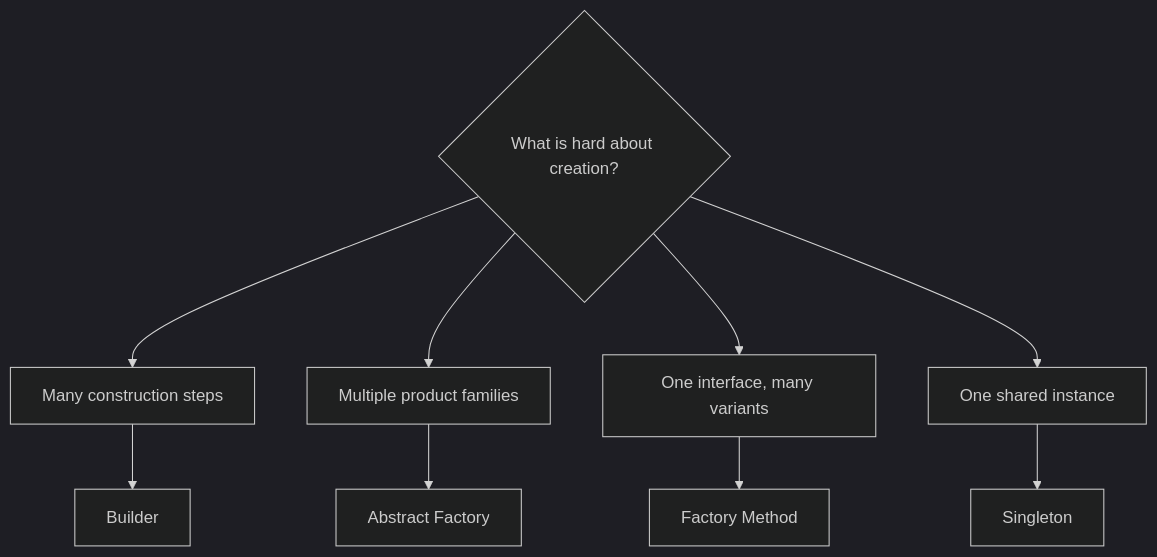
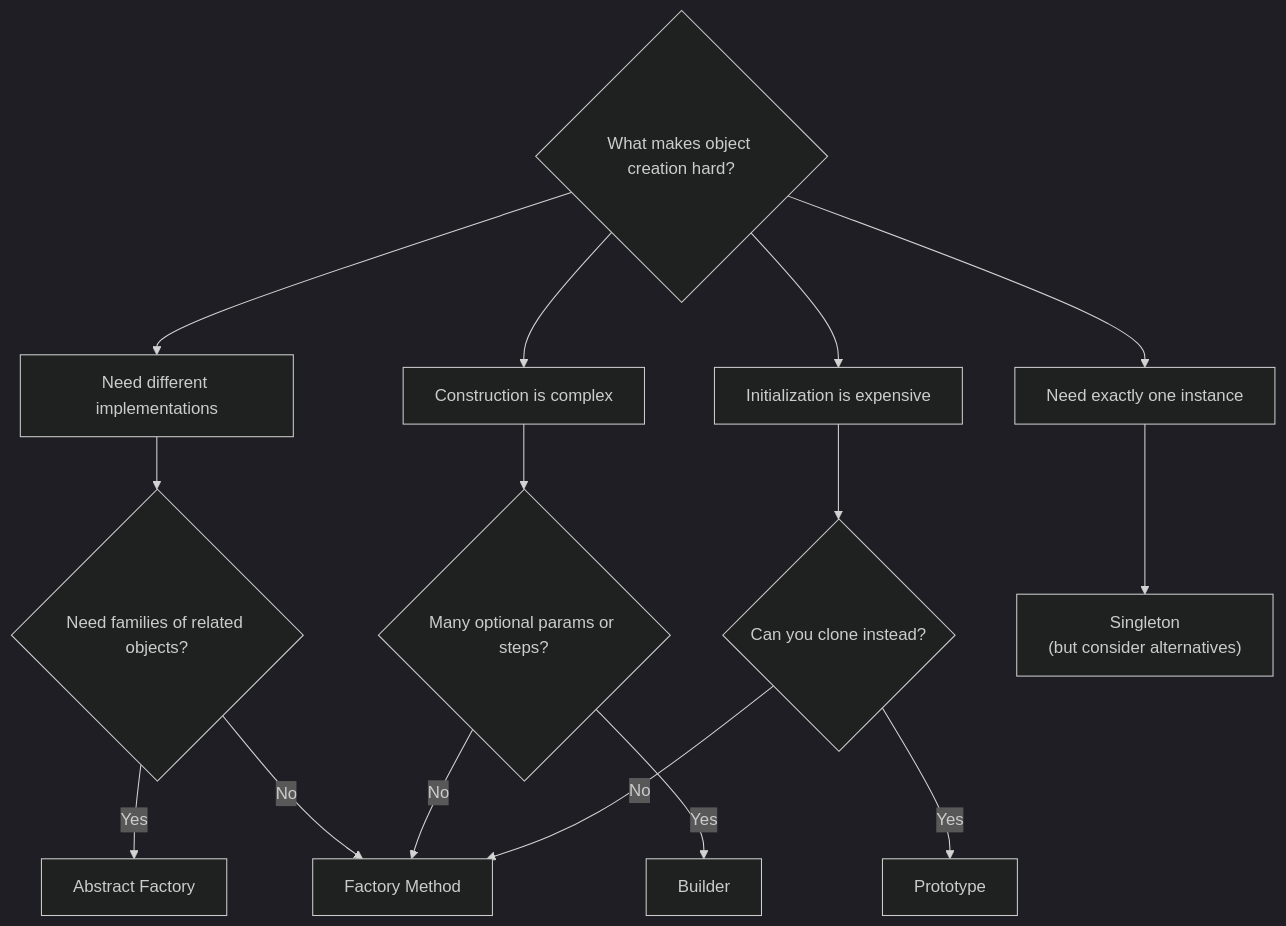
Before and after one commit to shivam-g-mishra/blog: the diagram in docs/design-patterns/creational/index.md, drawn with Mermaid (dark theme). The commit also changed other lines of this file and 31 other files, not shown here.

````diff
--- a/docs/design-patterns/creational/index.md
+++ b/docs/design-patterns/creational/index.md
@@ -58,13 +90,23 @@
 ```mermaid
 flowchart TD
-    start{"What is hard about creation?"}
-    start --> steps["Many construction steps"]
-    start --> families["Multiple product families"]
-    start --> variants["One interface, many variants"]
-    start --> shared["One shared instance"]
-
-    steps --> builder["Builder"]
-    families --> abstractFactory["Abstract Factory"]
-    variants --> factoryMethod["Factory Method"]
-    shared --> singleton["Singleton"]
+    start{"What makes object creation hard?"}
+    
+    start --> variants["Need different implementations"]
+    start --> complex["Construction is complex"]
+    start --> expensive["Initialization is expensive"]
+    start --> single["Need exactly one instance"]
+    
+    variants --> families{"Need families of related objects?"}
+    families -->|"Yes"| abstractFactory["Abstract Factory"]
+    families -->|"No"| factoryMethod["Factory Method"]
+    
+    complex --> steps{"Many optional params or steps?"}
+    steps -->|"Yes"| builder["Builder"]
+    steps -->|"No"| factoryMethod
+    
+    expensive --> clone{"Can you clone instead?"}
+    clone -->|"Yes"| prototype["Prototype"]
+    clone -->|"No"| factoryMethod
+    
+    single --> singleton["Singleton<br/>(but consider alternatives)"]
 ```
````
